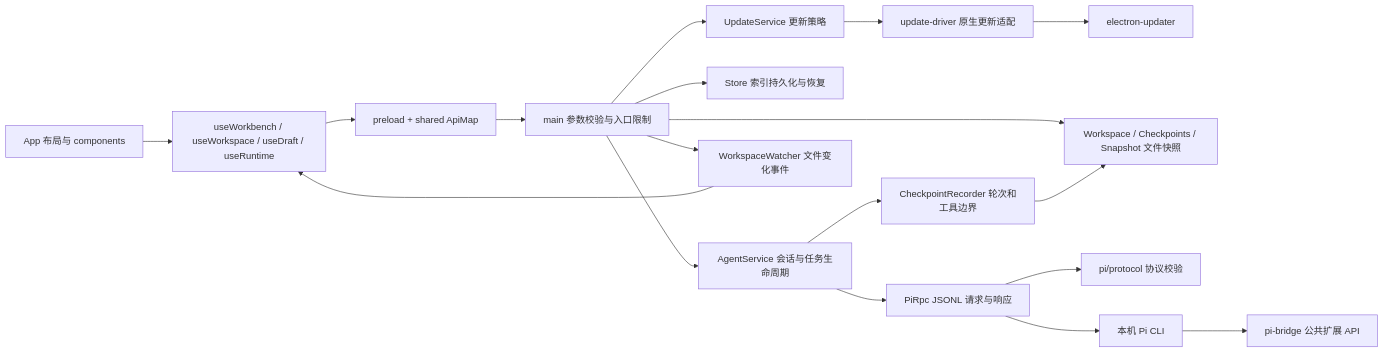
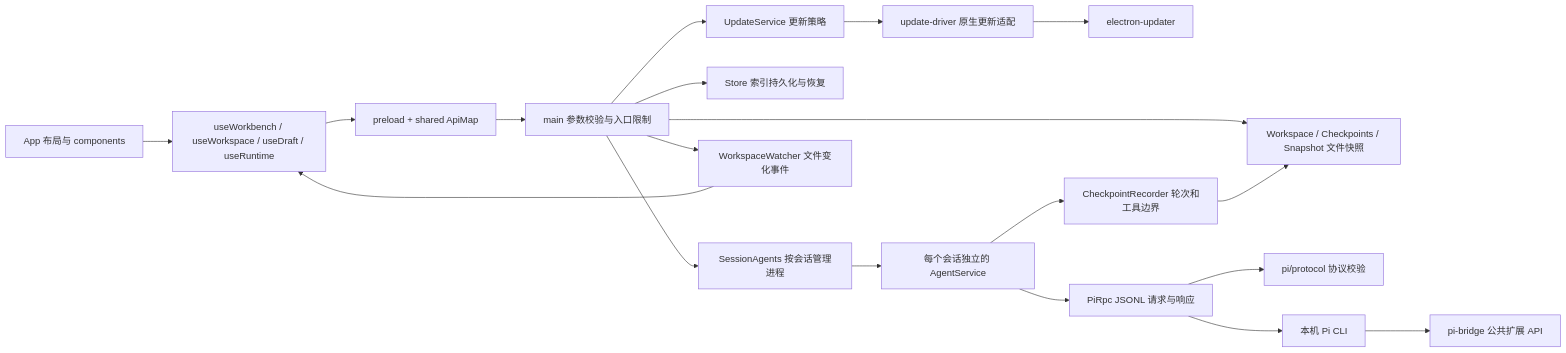
The diagram in docs/architecture.md (abnormalboy/pi-desktop-gui), drawn with Mermaid before and after one commit. The commit also changed other lines of this file and 68 other files, not shown here.

````diff
--- a/docs/architecture.md
+++ b/docs/architecture.md
@@ -5,20 +5,21 @@
 ```mermaid
 flowchart LR
   UI[App 布局与 components] --> Hooks[useWorkbench / useWorkspace / useDraft / useRuntime]
   Hooks --> IPC[preload + shared ApiMap]
   IPC --> Main[main 参数校验与入口限制]
-  Main --> Agent[AgentService 会话与任务生命周期]
+  Main --> Sessions[SessionAgents 按会话管理进程]
+  Sessions --> Agent[每个会话独立的 AgentService]
   Main --> Store[Store 索引持久化与恢复]
   Main --> Updates[UpdateService 更新策略]
   Updates --> Driver[update-driver 原生更新适配]
   Driver --> Native[electron-updater]
   Main --> Workspace[Workspace / Checkpoints / Snapshot 文件快照]
   Main --> Watch[WorkspaceWatcher 文件变化事件]
   Watch --> Hooks
   Agent --> Recorder[CheckpointRecorder 轮次和工具边界]
   Recorder --> Workspace
   Agent --> RPC[PiRpc JSONL 请求与响应]
   RPC --> Protocol[pi/protocol 协议校验]
   RPC --> Pi[本机 Pi CLI]
   Pi --> Bridge[pi-bridge 公共扩展 API]
 ```
````
